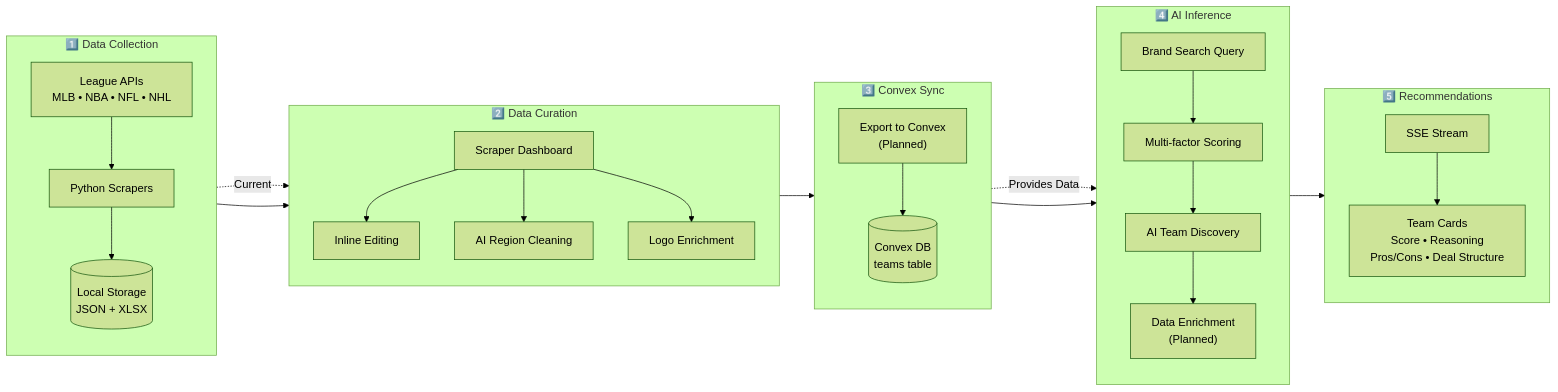
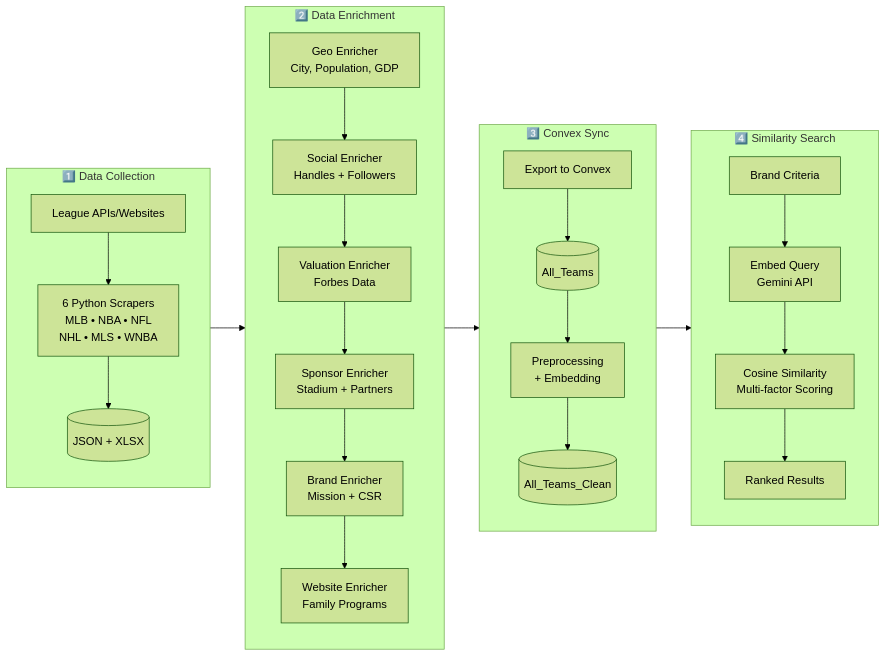
Before and after one commit to DIodide/PM-SponsorshipSearch: the second of 3 diagrams in README.md, drawn with Mermaid (forest theme). The commit also changed other lines of this file, not shown here.

````diff
--- a/README.md
+++ b/README.md
@@ -110,60 +129,56 @@
 ```mermaid
 flowchart LR
     subgraph Collection["1️⃣ Data Collection"]
         direction TB
-        APIs["League APIs<br/>MLB • NBA • NFL • NHL"]
-        Scrapers["Python Scrapers"]
-        LocalData[("Local Storage<br/>JSON + XLSX")]
+        APIs["League APIs/Websites"]
+        Scrapers["6 Python Scrapers<br/>MLB • NBA • NFL<br/>NHL • MLS • WNBA"]
+        LocalData[("JSON + XLSX")]
         
         APIs --> Scrapers
         Scrapers --> LocalData
     end
 
-    subgraph Curation["2️⃣ Data Curation"]
+    subgraph Enrichment["2️⃣ Data Enrichment"]
         direction TB
-        Dashboard["Scraper Dashboard"]
-        Edit["Inline Editing"]
-        Clean["AI Region Cleaning"]
-        Logos["Logo Enrichment"]
+        GeoEnrich["Geo Enricher<br/>City, Population, GDP"]
+        SocialEnrich["Social Enricher<br/>Handles + Followers"]
+        ValuationEnrich["Valuation Enricher<br/>Forbes Data"]
+        SponsorEnrich["Sponsor Enricher<br/>Stadium + Partners"]
+        BrandEnrich["Brand Enricher<br/>Mission + CSR"]
+        WebsiteEnrich["Website Enricher<br/>Family Programs"]
         
-        Dashboard --> Edit
-        Dashboard --> Clean
-        Dashboard --> Logos
+        GeoEnrich --> SocialEnrich
+        SocialEnrich --> ValuationEnrich
+        ValuationEnrich --> SponsorEnrich
+        SponsorEnrich --> BrandEnrich
+        BrandEnrich --> WebsiteEnrich
     end
 
     subgraph Sync["3️⃣ Convex Sync"]
         direction TB
-        Export["Export to Convex<br/>(Planned)"]
-        ConvexDB[("Convex DB<br/>teams table")]
+        Export["Export to Convex"]
+        AllTeams[("All_Teams")]
+        Preprocess["Preprocessing<br/>+ Embedding"]
+        AllTeamsClean[("All_Teams_Clean")]
         
-        Export --> ConvexDB
+        Export --> AllTeams
+        AllTeams --> Preprocess
+        Preprocess --> AllTeamsClean
     end
 
-    subgraph Inference["4️⃣ AI Inference"]
+    subgraph Search["4️⃣ Similarity Search"]
         direction TB
-        Search["Brand Search Query"]
-        Scoring["Multi-factor Scoring"]
-        Discovery["AI Team Discovery"]
-        Enrichment["Data Enrichment<br/>(Planned)"]
+        BrandInput["Brand Criteria"]
+        Embed["Embed Query<br/>Gemini API"]
+        Score["Cosine Similarity<br/>Multi-factor Scoring"]
+        Rank["Ranked Results"]
         
-        Search --> Scoring
-        Scoring --> Discovery
-        Discovery --> Enrichment
+        BrandInput --> Embed
+        Embed --> Score
+        Score --> Rank
     end
 
-    subgraph Output["5️⃣ Recommendations"]
-        direction TB
-        Stream["SSE Stream"]
-        Cards["Team Cards<br/>Score • Reasoning<br/>Pros/Cons • Deal Structure"]
-        
-        Stream --> Cards
-    end
-
-    Collection --> Curation
-    Curation --> Sync
-    Sync --> Inference
-    Inference --> Output
-
-    LocalData -.->|"Current"| Dashboard
-    ConvexDB -.->|"Provides Data"| Scoring
+    Collection --> Enrichment
+    Enrichment --> Sync
+    Sync --> Search
 ```
````
